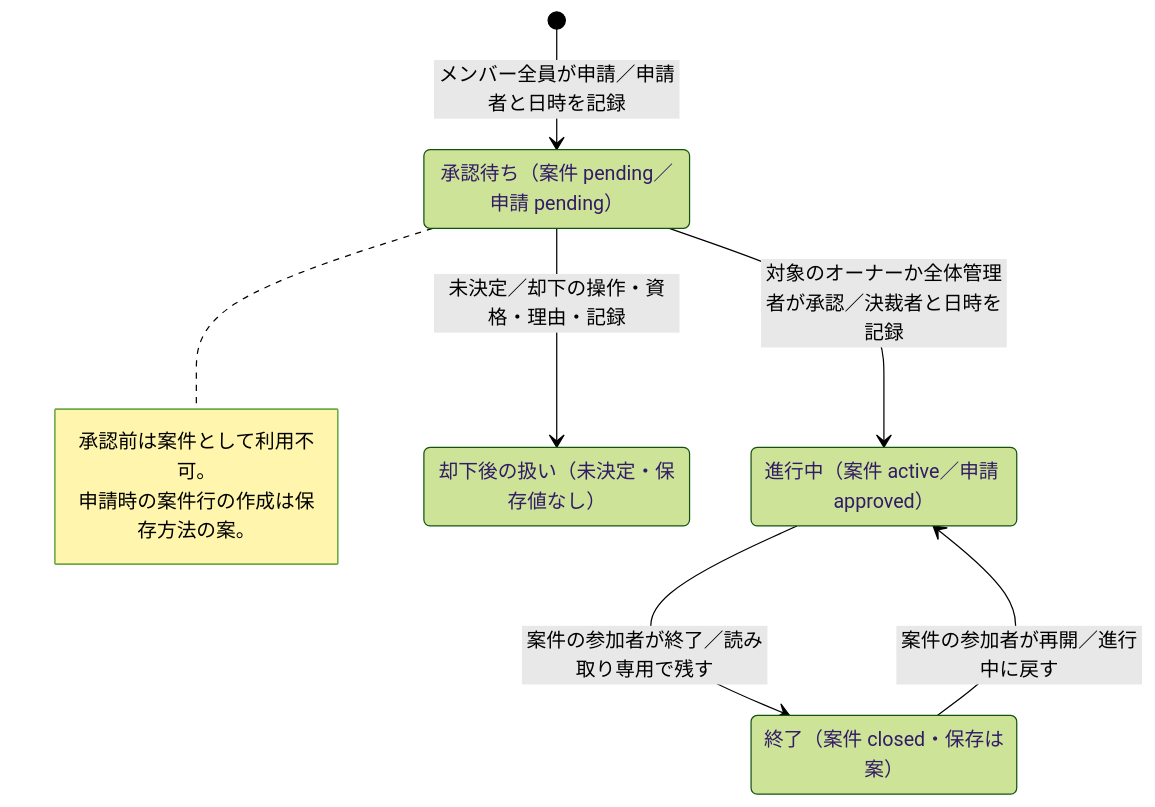
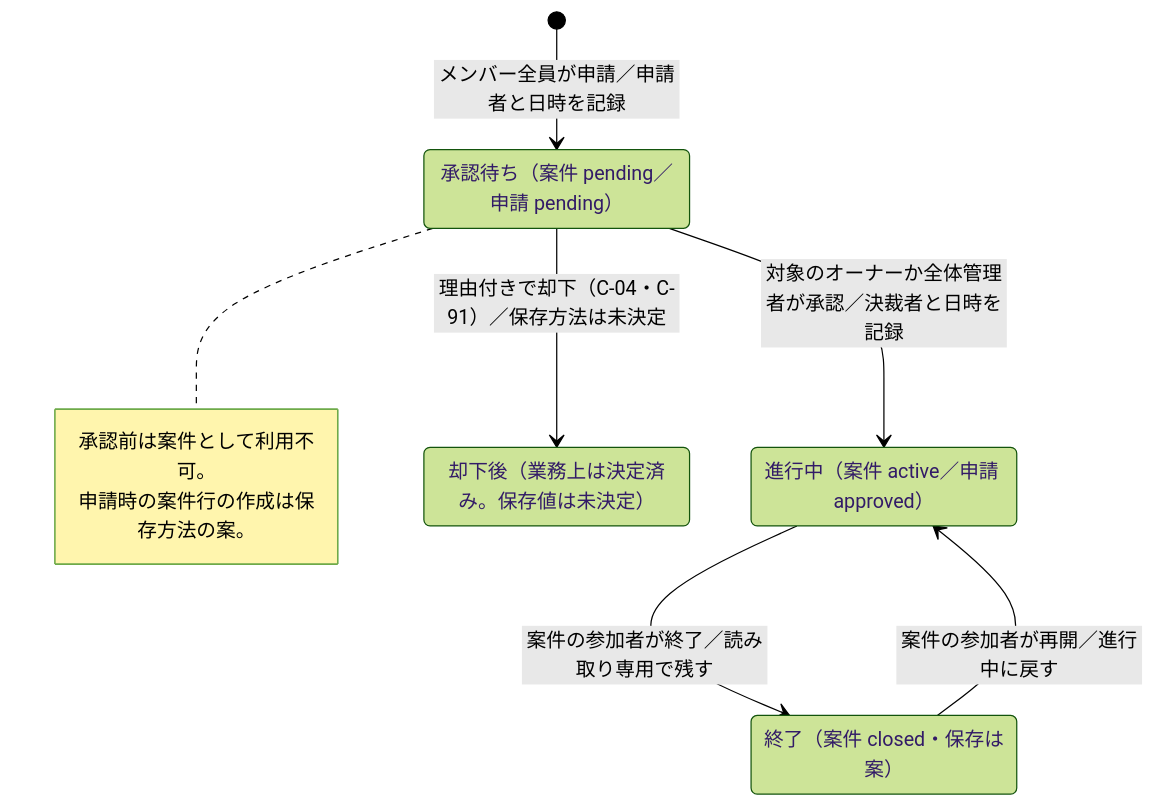
Before and after one commit to yamamotonaoki3/internal-system: the second of 8 diagrams in docs/requirements/state-transitions.md, drawn with Mermaid (forest theme). The commit also changed other lines of this file and 20 other files, not shown here.

````diff
--- a/docs/requirements/state-transitions.md
+++ b/docs/requirements/state-transitions.md
@@ -59,16 +61,16 @@
 ```mermaid
 stateDiagram-v2
     state "承認待ち（案件 pending／申請 pending）" as CasePending
     state "進行中（案件 active／申請 approved）" as CaseActive
     state "終了（案件 closed・保存は案）" as CaseClosed
-    state "却下後の扱い（未決定・保存値なし）" as CaseUnknown
+    state "却下後（業務上は決定済み。保存値は未決定）" as CaseUnknown
     [*] --> CasePending: メンバー全員が申請／申請者と日時を記録
     CasePending --> CaseActive: 対象のオーナーか全体管理者が承認／決裁者と日時を記録
     CaseActive --> CaseClosed: 案件の参加者が終了／読み取り専用で残す
     CaseClosed --> CaseActive: 案件の参加者が再開／進行中に戻す
-    CasePending --> CaseUnknown: 未決定／却下の操作・資格・理由・記録
+    CasePending --> CaseUnknown: 理由付きで却下（C-04・C-91）／保存方法は未決定
     note right of CasePending
         承認前は案件として利用不可。
         申請時の案件行の作成は保存方法の案。
     end note
 ```
````
